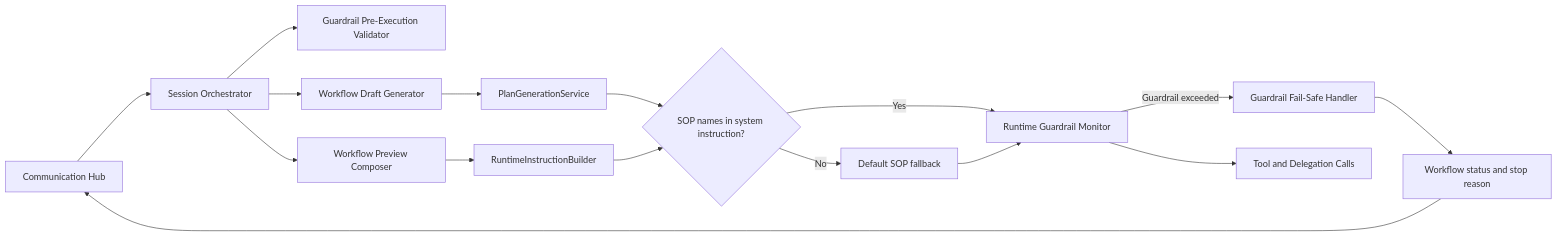
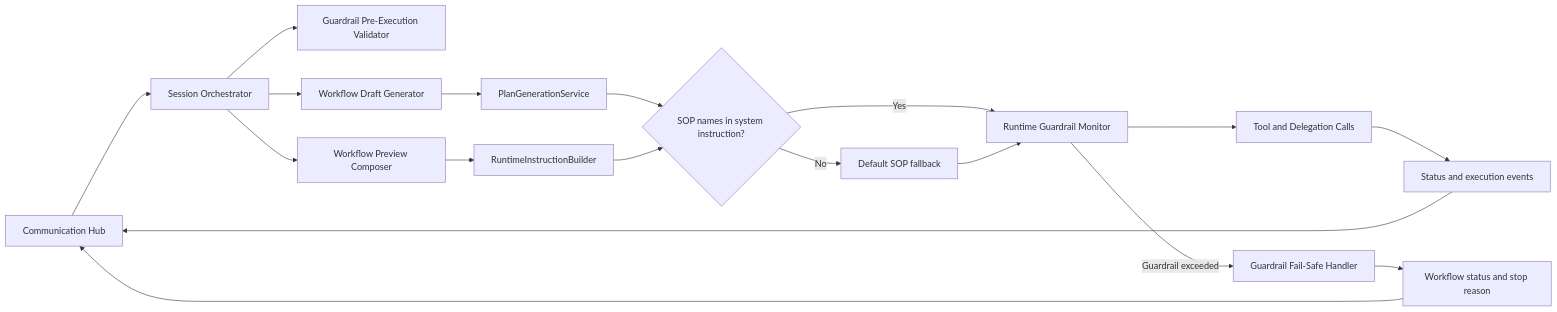
Before and after one commit to hurungang/parthenon: the first of 2 diagrams in docs/master/architecture/modules/agent-runtime/architecture.md, drawn with Mermaid. The commit also changed 21 other files, not shown here.

````diff
--- a/docs/master/architecture/modules/agent-runtime/architecture.md
+++ b/docs/master/architecture/modules/agent-runtime/architecture.md
@@ -3,32 +3,35 @@
 ```mermaid
 flowchart LR
     CH[Communication Hub]
     ORCH[Session Orchestrator]
     PV[Guardrail Pre-Execution Validator]
     WDG[Workflow Draft Generator]
     WPC[Workflow Preview Composer]
     PGS[PlanGenerationService]
     RIB[RuntimeInstructionBuilder]
     SOP{SOP names in system instruction?}
     DSOP[Default SOP fallback]
     RM[Runtime Guardrail Monitor]
     FS[Guardrail Fail-Safe Handler]
     TC[Tool and Delegation Calls]
+    EVT[Status and execution events]
     ST[Workflow status and stop reason]
 
     CH --> ORCH
     ORCH --> PV
     ORCH --> WDG
     ORCH --> WPC
     WDG --> PGS
     WPC --> RIB
     PGS --> SOP
     RIB --> SOP
     SOP -->|No| DSOP
     SOP -->|Yes| RM
     DSOP --> RM
     RM --> TC
+    TC --> EVT
+    EVT --> CH
     RM -->|Guardrail exceeded| FS
     FS --> ST
     ST --> CH
 ```
````
